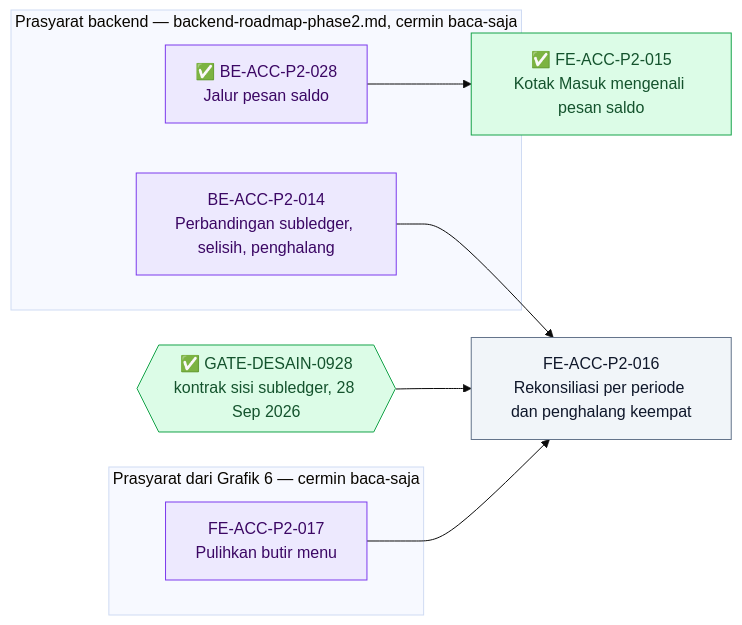
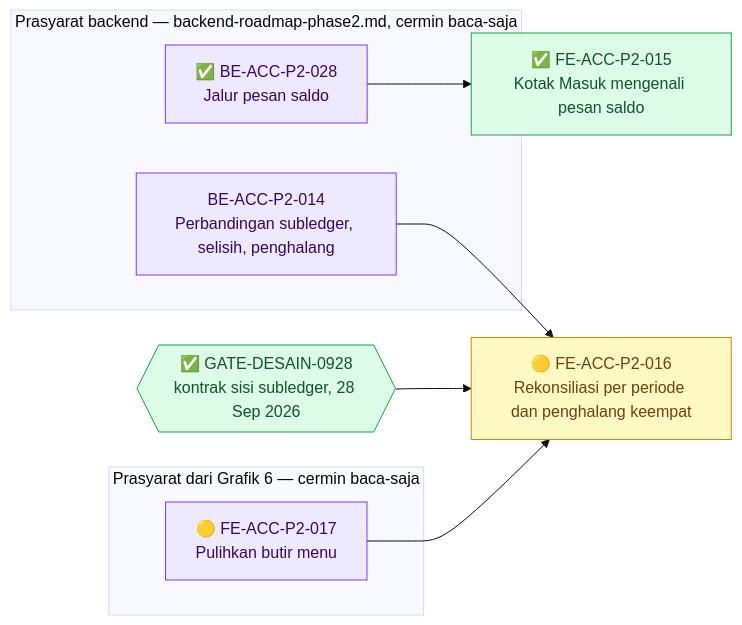
The sixth of 7 diagrams in docs/module-blueprints/accounting/roadmap/frontend-roadmap-phase2.md (DevBenari/NewQuilvianSystemBackend), drawn with Mermaid (base theme) before and after one commit. The commit also changed other lines of this file and 12 other files, not shown here.

Commit message:
feat(accounting): BE-ACC-P2-014 rekonsiliasi saldo subledger (source + laporan, menunggu uji)

````diff
--- a/docs/module-blueprints/accounting/roadmap/frontend-roadmap-phase2.md
+++ b/docs/module-blueprints/accounting/roadmap/frontend-roadmap-phase2.md
@@ -579,26 +579,26 @@
 ```mermaid
 flowchart LR
     classDef selesai fill:#DCFCE7,stroke:#16A34A,color:#14532D
     classDef sebagian fill:#FEF9C3,stroke:#CA8A04,color:#713F12
     classDef terblokir fill:#FEE2E2,stroke:#DC2626,color:#7F1D1D
     classDef belum fill:#F1F5F9,stroke:#64748B,color:#0F172A
     classDef luar fill:#EDE9FE,stroke:#7C3AED,color:#3B0764
 
     subgraph backend["Prasyarat backend — backend-roadmap-phase2.md, cermin baca-saja"]
         BBEACCP2028["✅ BE-ACC-P2-028<br/>Jalur pesan saldo"]:::luar
         BBEACCP2014["BE-ACC-P2-014<br/>Perbandingan subledger, selisih, penghalang"]:::luar
     end
     subgraph fe7["Prasyarat dari Grafik 6 — cermin baca-saja"]
-        MFEACCP2017["FE-ACC-P2-017<br/>Pulihkan butir menu"]:::luar
+        MFEACCP2017["🟡 FE-ACC-P2-017<br/>Pulihkan butir menu"]:::luar
     end
 
     GKONTRAK{{"✅ GATE-DESAIN-0928<br/>kontrak sisi subledger, 28 Sep 2026"}}:::selesai
 
     FEACCP2015["✅ FE-ACC-P2-015<br/>Kotak Masuk mengenali pesan saldo"]:::selesai
-    FEACCP2016["FE-ACC-P2-016<br/>Rekonsiliasi per periode dan penghalang keempat"]:::belum
+    FEACCP2016["🟡 FE-ACC-P2-016<br/>Rekonsiliasi per periode dan penghalang keempat"]:::sebagian
 
     BBEACCP2028 --> FEACCP2015
     BBEACCP2014 --> FEACCP2016
     GKONTRAK --> FEACCP2016
     MFEACCP2017 --> FEACCP2016
 ```
````
